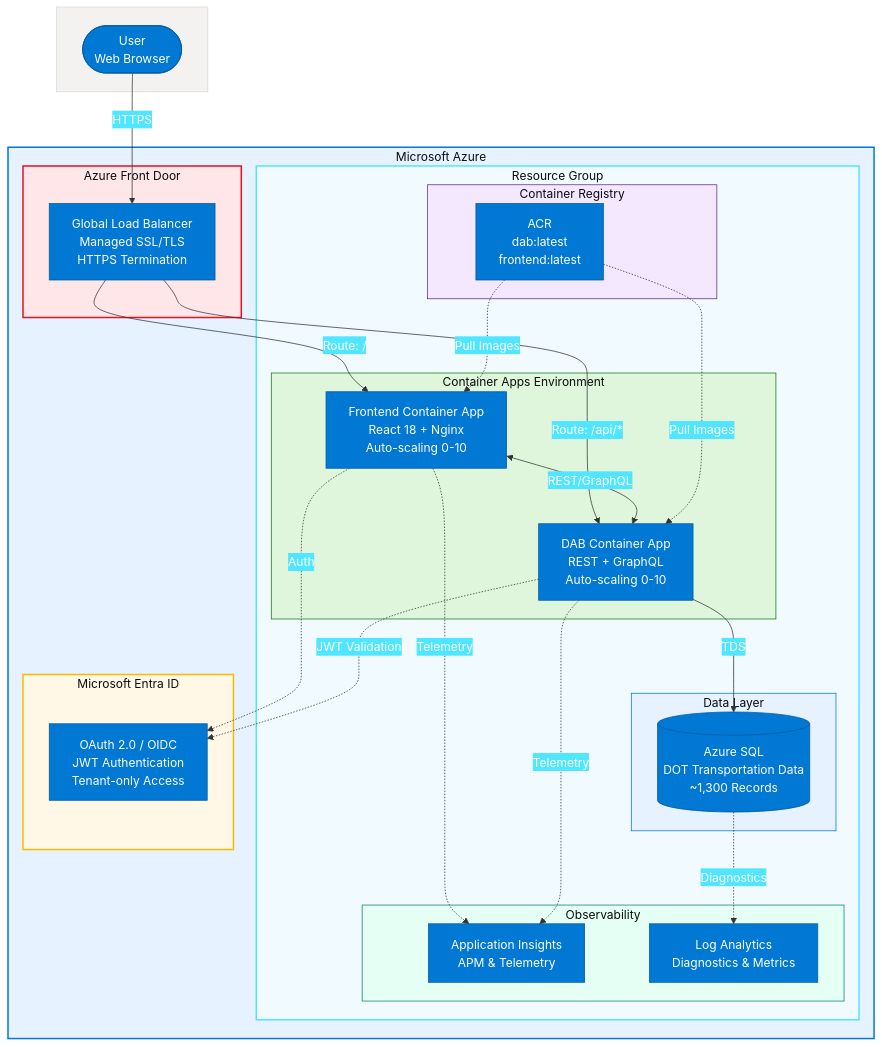
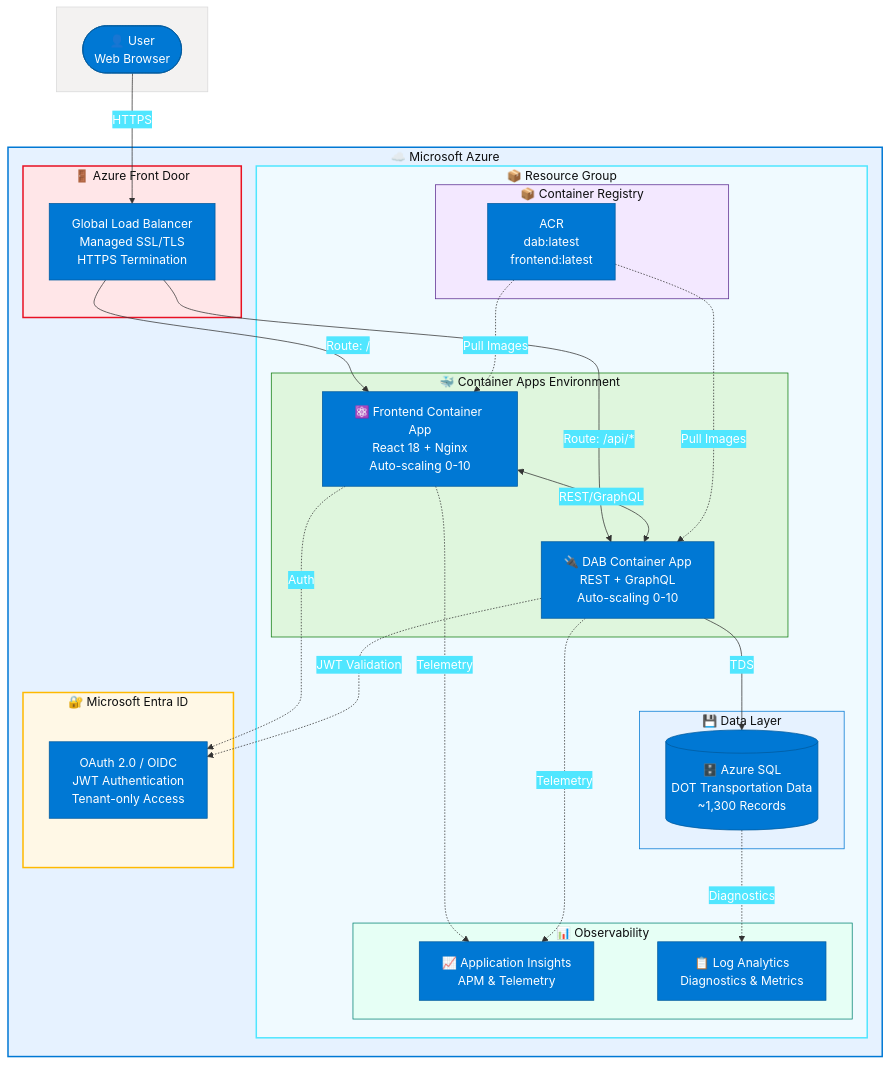
One commit to fgarofalo56/azure-dab-fullstack-demo changed the first of 2 diagrams in README.md. Above: the diagram before and after it, drawn with Mermaid. The commit also changed other lines of this file and 12 other files, not shown here.

````diff
--- a/README.md
+++ b/README.md
@@ -9,59 +25,59 @@
 ```mermaid
 %%{init: {'theme': 'base', 'themeVariables': { 'primaryColor': '#0078D4', 'primaryTextColor': '#fff', 'primaryBorderColor': '#005A9E', 'lineColor': '#333', 'secondaryColor': '#50E6FF', 'tertiaryColor': '#F3F2F1'}}}%%
 flowchart TB
     subgraph Internet[" "]
-        User(["User<br/>Web Browser"])
+        User(["👤 User<br/>Web Browser"])
     end
 
-    subgraph Azure["Microsoft Azure"]
-        subgraph FrontDoor["Azure Front Door"]
+    subgraph Azure["☁️ Microsoft Azure"]
+        subgraph FrontDoor["🚪 Azure Front Door"]
             AFD["Global Load Balancer<br/>Managed SSL/TLS<br/>HTTPS Termination"]
         end
 
-        subgraph RG["Resource Group"]
-            subgraph CAE["Container Apps Environment"]
-                Frontend["Frontend Container App<br/>React 18 + Nginx<br/>Auto-scaling 0-10"]
-                DAB["DAB Container App<br/>REST + GraphQL<br/>Auto-scaling 0-10"]
+        subgraph RG["📦 Resource Group"]
+            subgraph CAE["🐳 Container Apps Environment"]
+                Frontend["⚛️ Frontend Container App<br/>React 18 + Nginx<br/>Auto-scaling 0-10"]
+                DAB["🔌 DAB Container App<br/>REST + GraphQL<br/>Auto-scaling 0-10"]
             end
 
-            subgraph Data["Data Layer"]
-                SQL[("Azure SQL<br/>DOT Transportation Data<br/>~1,300 Records")]
+            subgraph Data["💾 Data Layer"]
+                SQL[("🗄️ Azure SQL<br/>DOT Transportation Data<br/>~1,300 Records")]
             end
 
-            subgraph Registry["Container Registry"]
+            subgraph Registry["📦 Container Registry"]
                 ACR["ACR<br/>dab:latest<br/>frontend:latest"]
             end
 
-            subgraph Monitoring["Observability"]
-                AppInsights["Application Insights<br/>APM & Telemetry"]
-                LAW["Log Analytics<br/>Diagnostics & Metrics"]
+            subgraph Monitoring["📊 Observability"]
+                AppInsights["📈 Application Insights<br/>APM & Telemetry"]
+                LAW["📋 Log Analytics<br/>Diagnostics & Metrics"]
             end
         end
 
-        subgraph Identity["Microsoft Entra ID"]
+        subgraph Identity["🔐 Microsoft Entra ID"]
             EntraID["OAuth 2.0 / OIDC<br/>JWT Authentication<br/>Tenant-only Access"]
         end
     end
 
     User -->|"HTTPS"| AFD
     AFD -->|"Route: /"| Frontend
     AFD -->|"Route: /api/*"| DAB
     Frontend <-->|"REST/GraphQL"| DAB
     DAB -->|"TDS"| SQL
     Frontend -.->|"Auth"| EntraID
     DAB -.->|"JWT Validation"| EntraID
     ACR -.->|"Pull Images"| Frontend
     ACR -.->|"Pull Images"| DAB
     Frontend -.->|"Telemetry"| AppInsights
     DAB -.->|"Telemetry"| AppInsights
     SQL -.->|"Diagnostics"| LAW
 
     style Azure fill:#E6F2FF,stroke:#0078D4,stroke-width:2px
     style RG fill:#F0FAFF,stroke:#50E6FF,stroke-width:2px
     style FrontDoor fill:#FFE6E8,stroke:#E81123,stroke-width:2px
     style Identity fill:#FFF8E6,stroke:#FFB900,stroke-width:2px
     style CAE fill:#DFF6DD,stroke:#107C10,stroke-width:1px
     style Data fill:#E6F2FF,stroke:#0078D4,stroke-width:1px
     style Monitoring fill:#E6FFF5,stroke:#008272,stroke-width:1px
     style Registry fill:#F3E8FF,stroke:#5C2D91,stroke-width:1px
 ```
````
